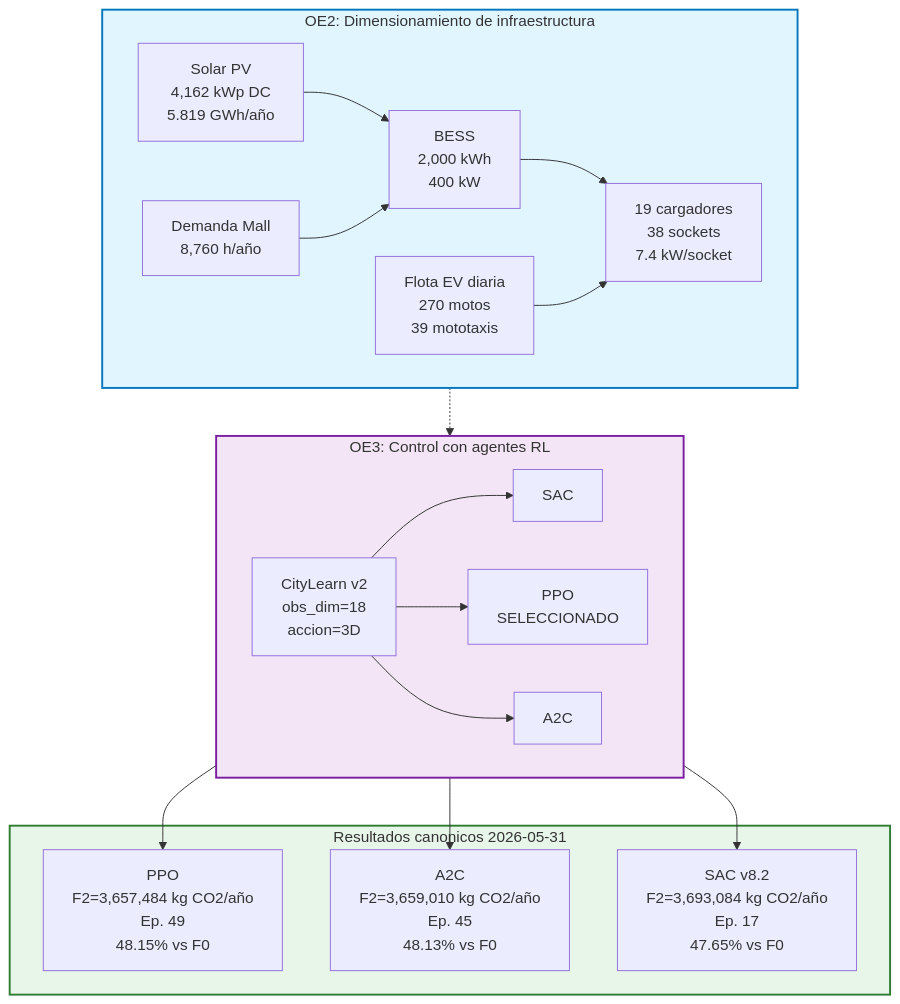
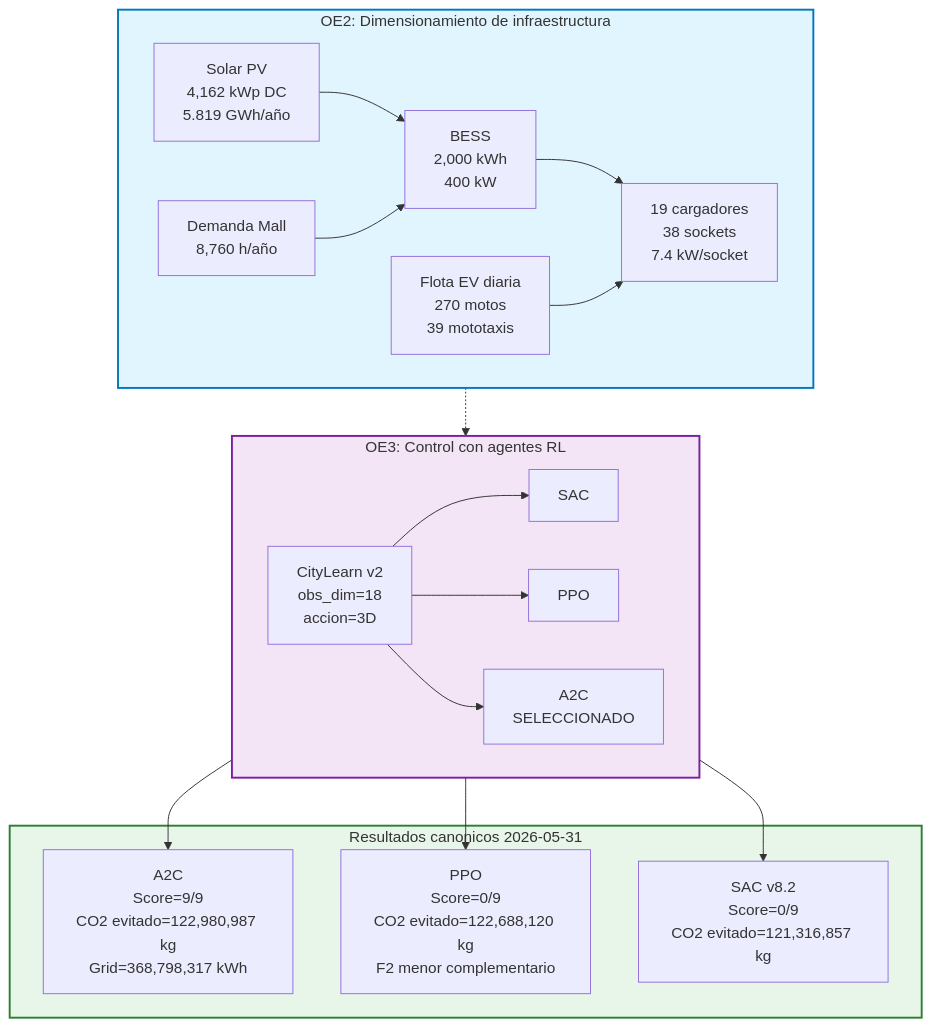
The diagram in reports/01_ARQUITECTURA_PROYECTO.mmd (Mac-Tapia/dise-opvbesscar), drawn with Mermaid before and after one commit. The commit also changed 25 other files, not shown here.

```diff
--- a/reports/01_ARQUITECTURA_PROYECTO.mmd
+++ b/reports/01_ARQUITECTURA_PROYECTO.mmd
@@ -1,41 +1,41 @@
 graph TB
     subgraph OE2["OE2: Dimensionamiento de infraestructura"]
         direction LR
         SOL["Solar PV<br/>4,162 kWp DC<br/>5.819 GWh/año"]
         MALL["Demanda Mall<br/>8,760 h/año"]
         BESS["BESS<br/>2,000 kWh<br/>400 kW"]
         CARGADORES["19 cargadores<br/>38 sockets<br/>7.4 kW/socket"]
         EV["Flota EV diaria<br/>270 motos<br/>39 mototaxis"]
 
         SOL --> BESS
         MALL --> BESS
         BESS --> CARGADORES
         EV --> CARGADORES
     end
 
     subgraph OE3["OE3: Control con agentes RL"]
         direction LR
         CL["CityLearn v2<br/>obs_dim=18<br/>accion=3D"]
         SAC["SAC"]
-        PPO["PPO<br/>SELECCIONADO"]
-        A2C["A2C"]
+        PPO["PPO"]
+        A2C["A2C<br/>SELECCIONADO"]
 
         CL --> SAC
         CL --> PPO
         CL --> A2C
     end
 
     subgraph RESULTADOS["Resultados canonicos 2026-05-31"]
-        PPO_R["PPO<br/>F2=3,657,484 kg CO2/año<br/>Ep. 49<br/>48.15% vs F0"]
-        A2C_R["A2C<br/>F2=3,659,010 kg CO2/año<br/>Ep. 45<br/>48.13% vs F0"]
-        SAC_R["SAC v8.2<br/>F2=3,693,084 kg CO2/año<br/>Ep. 17<br/>47.65% vs F0"]
+        A2C_R["A2C<br/>Score=9/9<br/>CO2 evitado=122,980,987 kg<br/>Grid=368,798,317 kWh"]
+        PPO_R["PPO<br/>Score=0/9<br/>CO2 evitado=122,688,120 kg<br/>F2 menor complementario"]
+        SAC_R["SAC v8.2<br/>Score=0/9<br/>CO2 evitado=121,316,857 kg"]
     end
 
     OE2 -.-> OE3
     PPO --> PPO_R
     A2C --> A2C_R
     SAC --> SAC_R
 
     style OE2 fill:#e1f5ff,stroke:#0277bd,stroke-width:2px
     style OE3 fill:#f3e5f5,stroke:#7b1fa2,stroke-width:2px
     style RESULTADOS fill:#e8f5e9,stroke:#2e7d32,stroke-width:2px
```
